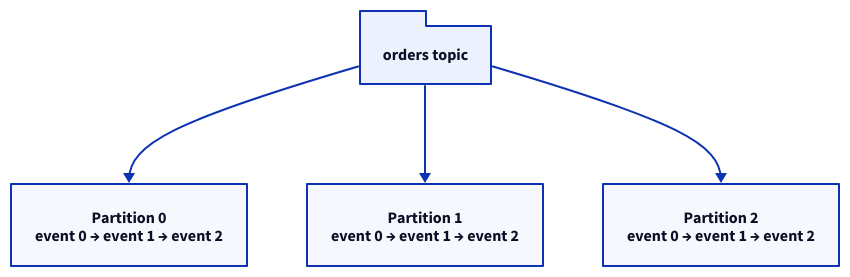
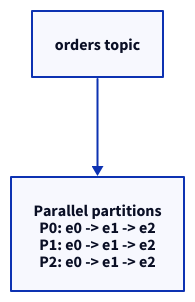
One commit to g-savitha/gsavitha.in changed the third of 6 diagrams in src/content/blog/kafka-explained-like-you-are-5.md. Above: the diagram before and after it, drawn with D2. The commit also changed other lines of this file and 11 other files, not shown here.

````diff
--- a/src/content/blog/kafka-explained-like-you-are-5.md
+++ b/src/content/blog/kafka-explained-like-you-are-5.md
@@ -124,10 +101,6 @@
 ```d2
 direction: down
-T: "orders topic" {shape: package; class: accent}
-P0: "Partition 0\nevent 0 → event 1 → event 2" {class: secondary}
-P1: "Partition 1\nevent 0 → event 1 → event 2" {class: secondary}
-P2: "Partition 2\nevent 0 → event 1 → event 2" {class: secondary}
-T -> P0
-T -> P1
-T -> P2
+T: "orders topic" {class: accent}
+Parts: "Parallel partitions\nP0: e0 -> e1 -> e2\nP1: e0 -> e1 -> e2\nP2: e0 -> e1 -> e2" {class: secondary}
+T -> Parts
 ```
````
